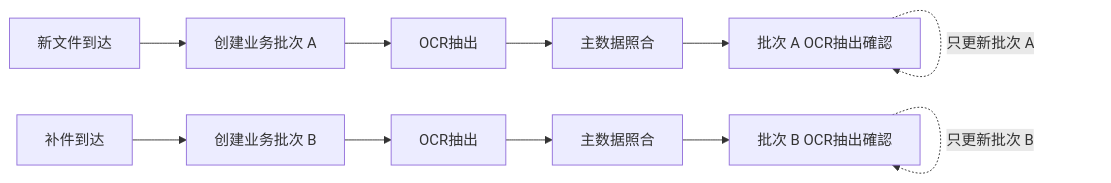
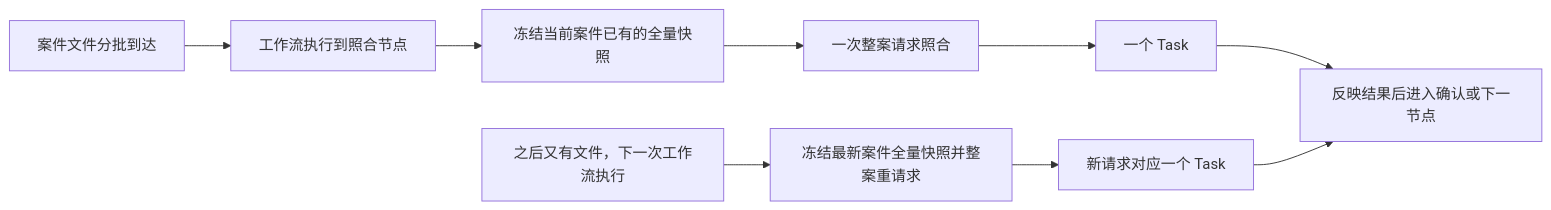
Before and after one commit to aruirage/IDP-Ph4-Master-Demo-PRD: the seventh of 9 diagrams in PRD-四期-主数据照合.md, drawn with Mermaid. The commit also changed other lines of this file and 24 other files, not shown here.

````diff
--- a/PRD-四期-主数据照合.md
+++ b/PRD-四期-主数据照合.md
@@ -1237,13 +1115,11 @@
 ```mermaid
 flowchart LR
-    A[新文件到达] --> B[创建业务批次 A]
-    C[补件到达] --> D[创建业务批次 B]
-    B --> E[OCR抽出]
-    D --> F[OCR抽出]
-    E --> G[主数据照合]
-    F --> H[主数据照合]
-    G --> I[批次 A OCR抽出確認]
-    H --> J[批次 B OCR抽出確認]
-    I -.只更新批次 A.-> I
-    J -.只更新批次 B.-> J
+    A[案件文件分批到达] --> B[工作流执行到照合节点]
+    B --> C[冻结当前案件已有的全量快照]
+    C --> D[一次整案请求照合]
+    D --> E[一个 Task]
+    E --> F[反映结果后进入确认或下一节点]
+    G[之后又有文件，下一次工作流执行] --> H[冻结最新案件全量快照并整案重请求]
+    H --> I[新请求对应一个 Task]
+    I --> F
 ```
````
